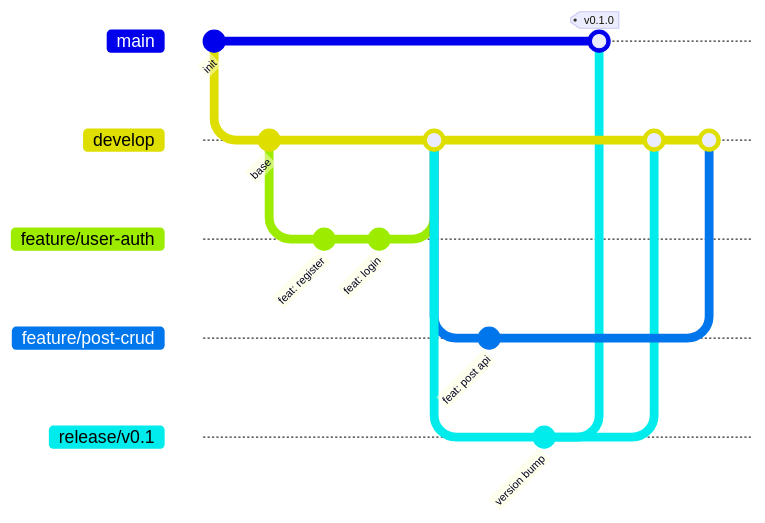
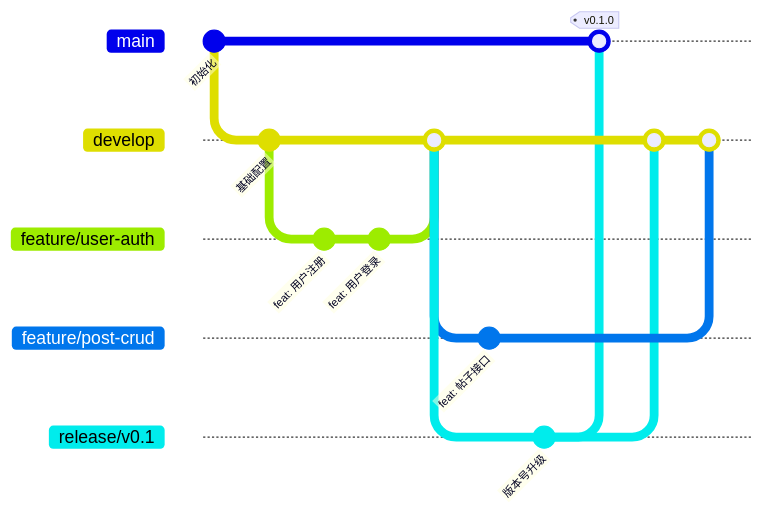
The diagram in docs/development/git-conventions.md (mikasazwj/Pro-OW), drawn with Mermaid before and after one commit. The commit also changed other lines of this file, not shown here.

````diff
--- a/docs/development/git-conventions.md
+++ b/docs/development/git-conventions.md
@@ -80,30 +78,30 @@
 ```mermaid
 gitGraph
-    commit id: "init"
+    commit id: "初始化"
     branch develop
     checkout develop
-    commit id: "base"
+    commit id: "基础配置"
     
     branch feature/user-auth
     checkout feature/user-auth
-    commit id: "feat: register"
-    commit id: "feat: login"
+    commit id: "feat: 用户注册"
+    commit id: "feat: 用户登录"
     
     checkout develop
     merge feature/user-auth
     
     branch feature/post-crud
     checkout feature/post-crud
-    commit id: "feat: post api"
+    commit id: "feat: 帖子接口"
     
     checkout develop
     branch release/v0.1
-    commit id: "version bump"
+    commit id: "版本号升级"
     
     checkout main
     merge release/v0.1 tag: "v0.1.0"
     
     checkout develop
     merge release/v0.1
     merge feature/post-crud
 ```
````
